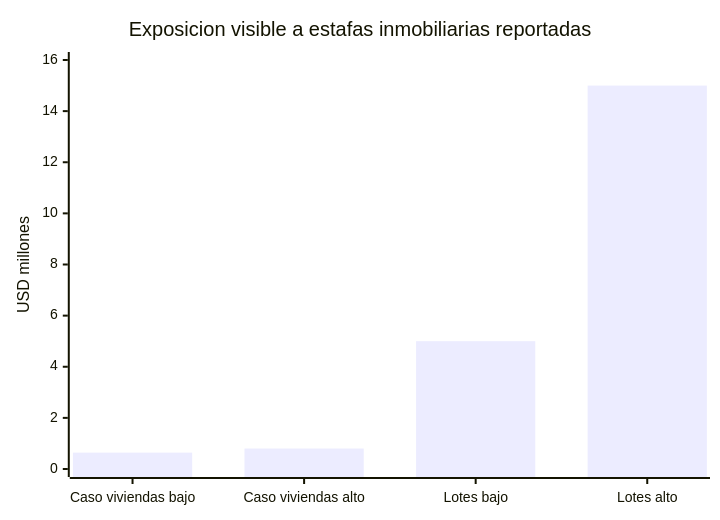
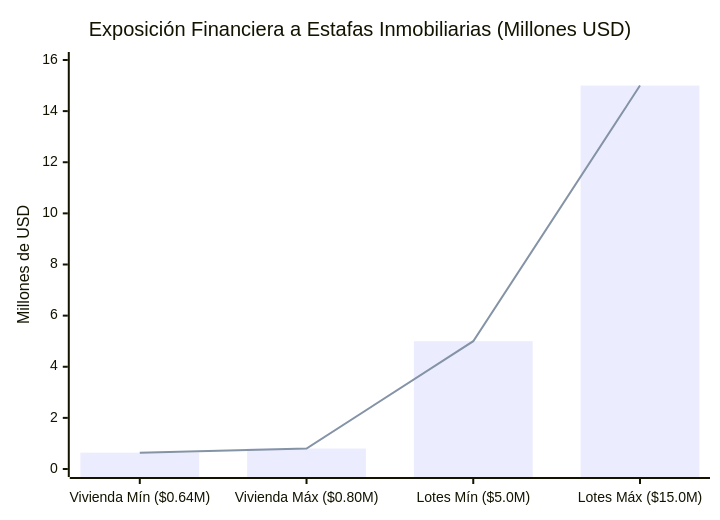
Before and after one commit to mita-build-with-ai-2026/.github: the fifth of 7 diagrams in Mita_estadisticas_mercado_inferidas.md, drawn with Mermaid. The commit also changed other lines of this file and 35 other files, not shown here.

````diff
--- a/Mita_estadisticas_mercado_inferidas.md
+++ b/Mita_estadisticas_mercado_inferidas.md
@@ -397,7 +452,8 @@
 ```mermaid
 xychart-beta
-  title "Exposicion visible a estafas inmobiliarias reportadas"
-  x-axis ["Caso viviendas bajo", "Caso viviendas alto", "Lotes bajo", "Lotes alto"]
-  y-axis "USD millones" 0 --> 16
-  bar [0.64, 0.80, 5.0, 15.0]
+  title "Exposición Financiera a Estafas Inmobiliarias (Millones USD)"
+  x-axis ["Vivienda Mín ($0.64M)", "Vivienda Máx ($0.80M)", "Lotes Mín ($5.0M)", "Lotes Máx ($15.0M)"]
+  y-axis "Millones de USD" 0 --> 16
+  bar [0.64, 0.80, 5.00, 15.00]
+  line [0.64, 0.80, 5.00, 15.00]
 ```
````
